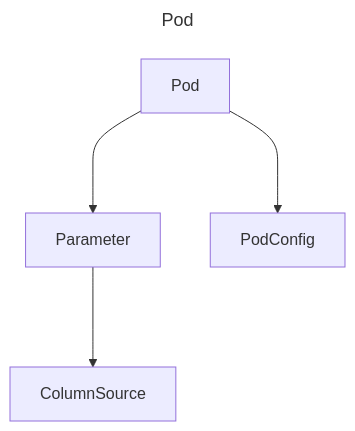
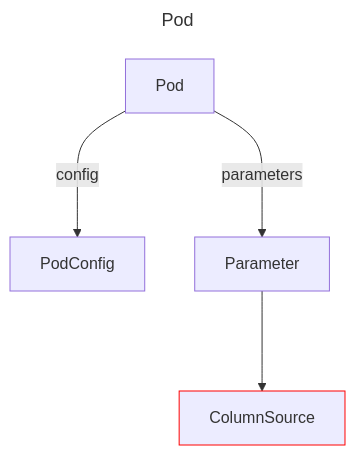
One commit to douglassimonsen/pbi_core changed the diagram in docs/docs/layout/erd/Pod.md. Above: the diagram before and after it, drawn with Mermaid. The commit also changed 77 other files, not shown here.

Commit message:
Updated to color code the layout ERD

````diff
--- a/docs/docs/layout/erd/Pod.md
+++ b/docs/docs/layout/erd/Pod.md
@@ -1,13 +1,14 @@
 ```mermaid
 ---
 title: Pod
 ---
 graph 
-2722113651744["Pod"]
-2721642014032["ColumnSource"]
-2722113634176["Parameter"]
-2722113637104["PodConfig"]
-2722113651744 ---> 2722113634176
-2722113634176 ---> 2721642014032
-2722113651744 ---> 2722113637104
+2430514895760["PodConfig"]
+2430071365824["ColumnSource"]
+style 2430071365824 stroke:#ff0000,stroke-width:1px
+2430514896736["Pod"]
+2430514885024["Parameter"]
+2430514896736 --->|parameters| 2430514885024
+2430514896736 --->|config| 2430514895760
+2430514885024 ---> 2430071365824
 ```
````
